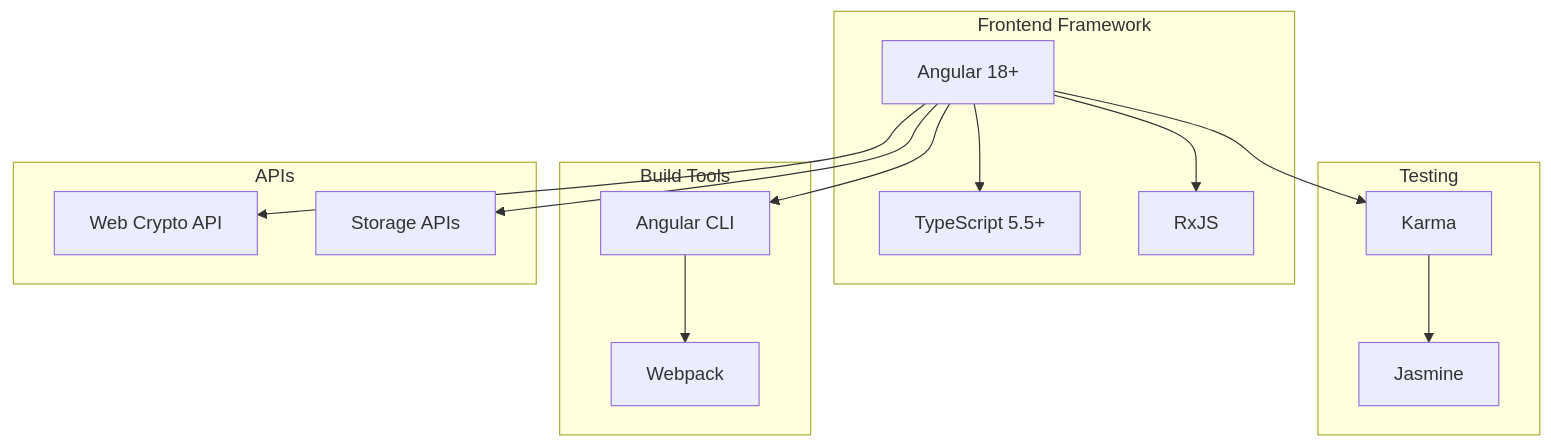
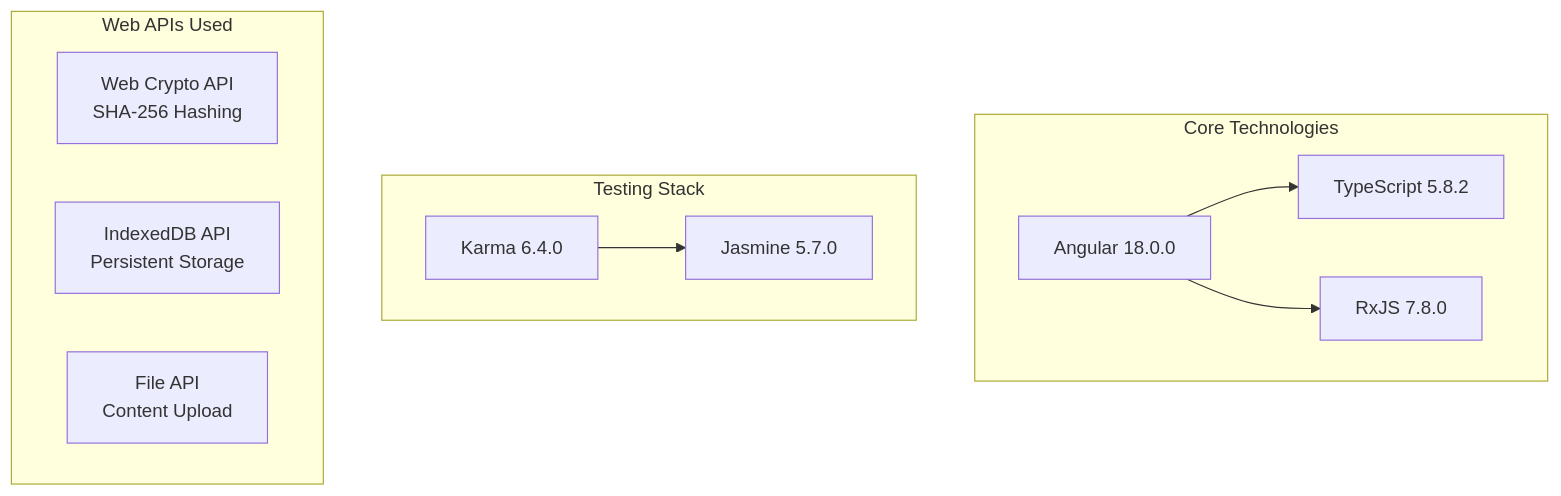
One commit to o2alexanderfedin/angular-cas-disot changed the fourth of 6 diagrams in docs/architecture/overview.md. Above: the diagram before and after it, drawn with Mermaid. The commit also changed other lines of this file and 18 other files, not shown here.

````diff
--- a/docs/architecture/overview.md
+++ b/docs/architecture/overview.md
@@ -98,32 +107,22 @@
 ```mermaid
 graph TD
-    subgraph "Frontend Framework"
-        ANG[Angular 18+]
-        TS[TypeScript 5.5+]
-        RX[RxJS]
+    subgraph "Core Technologies"
+        ANG[Angular 18.0.0]
+        TS[TypeScript 5.8.2]
+        RX[RxJS 7.8.0]
+        ANG --> TS
+        ANG --> RX
     end
     
-    subgraph "Testing"
-        KRM[Karma]
-        JSM[Jasmine]
+    subgraph "Testing Stack"
+        JASMINE[Jasmine 5.7.0]
+        KARMA[Karma 6.4.0]
+        KARMA --> JASMINE
     end
     
-    subgraph "Build Tools"
-        NG[Angular CLI]
-        WP[Webpack]
+    subgraph "Web APIs Used"
+        CRYPTO[Web Crypto API<br/>SHA-256 Hashing]
+        IDB[IndexedDB API<br/>Persistent Storage]
+        FILE[File API<br/>Content Upload]
     end
-    
-    subgraph "APIs"
-        WEB[Web Crypto API]
-        STOR[Storage APIs]
-    end
-    
-    ANG --> TS
-    ANG --> RX
-    ANG --> KRM
-    KRM --> JSM
-    ANG --> NG
-    NG --> WP
-    ANG --> WEB
-    ANG --> STOR
 ```
````
